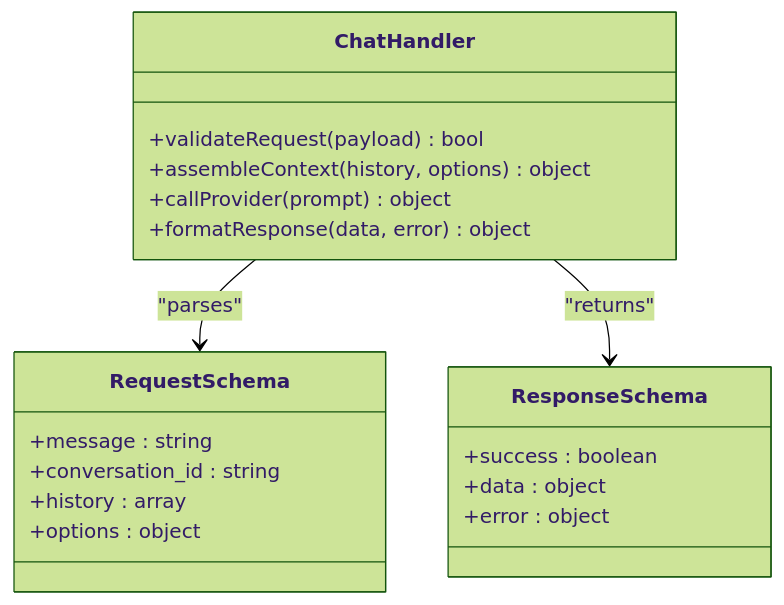
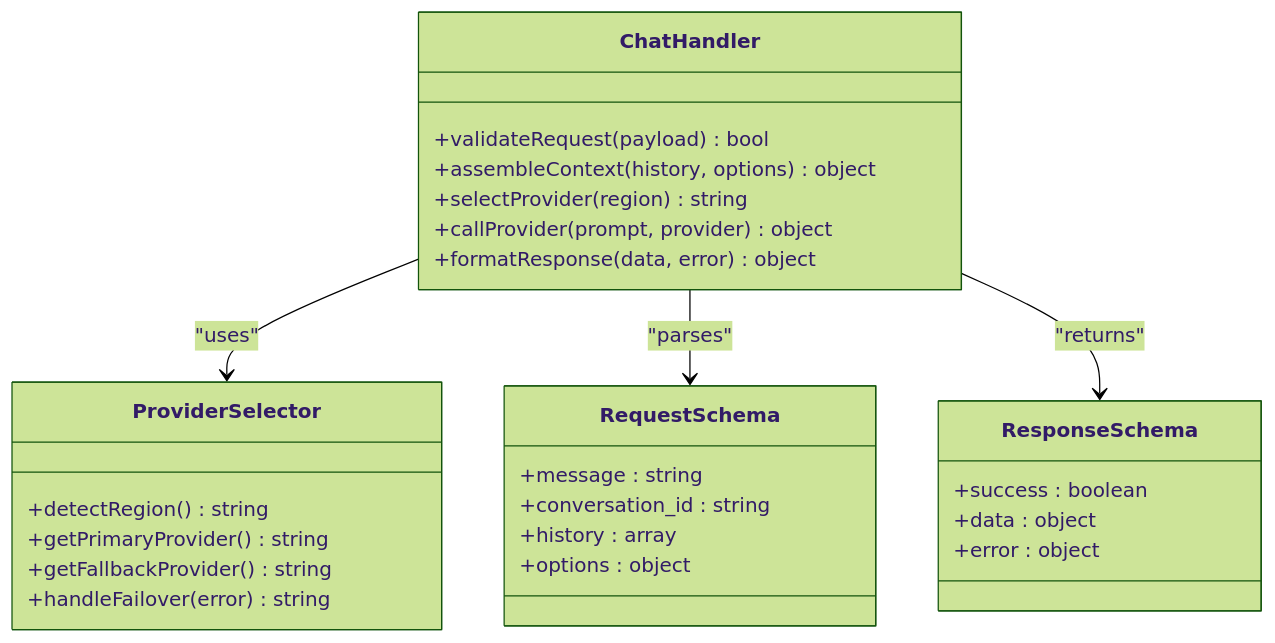
The third of 7 diagrams in .qoder/repowiki/en/content/API Reference/Chat API.md (zmyeo54/briefroom), drawn with Mermaid (forest theme) before and after one commit. The commit also changed other lines of this file and 42 other files, not shown here.

````diff
--- a/.qoder/repowiki/en/content/API Reference/Chat API.md
+++ b/.qoder/repowiki/en/content/API Reference/Chat API.md
@@ -147,22 +172,30 @@
 ```mermaid
 classDiagram
 class ChatHandler {
 +validateRequest(payload) bool
 +assembleContext(history, options) object
-+callProvider(prompt) object
++selectProvider(region) string
++callProvider(prompt, provider) object
 +formatResponse(data, error) object
+}
+class ProviderSelector {
++detectRegion() string
++getPrimaryProvider() string
++getFallbackProvider() string
++handleFailover(error) string
 }
 class RequestSchema {
 +message : string
 +conversation_id : string
 +history : array
 +options : object
 }
 class ResponseSchema {
 +success : boolean
 +data : object
 +error : object
 }
+ChatHandler --> ProviderSelector : "uses"
 ChatHandler --> RequestSchema : "parses"
 ChatHandler --> ResponseSchema : "returns"
 ```
````
